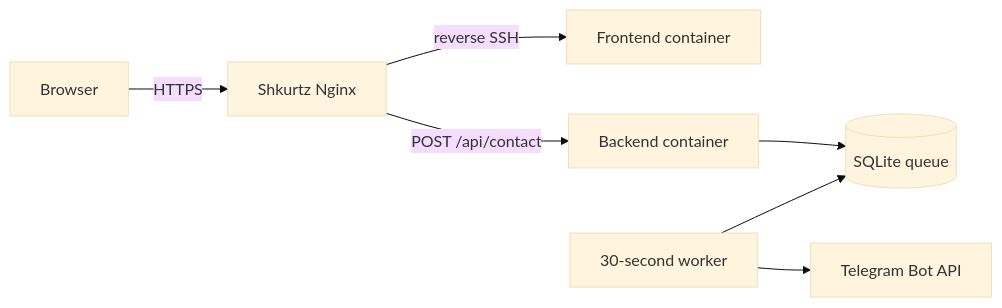
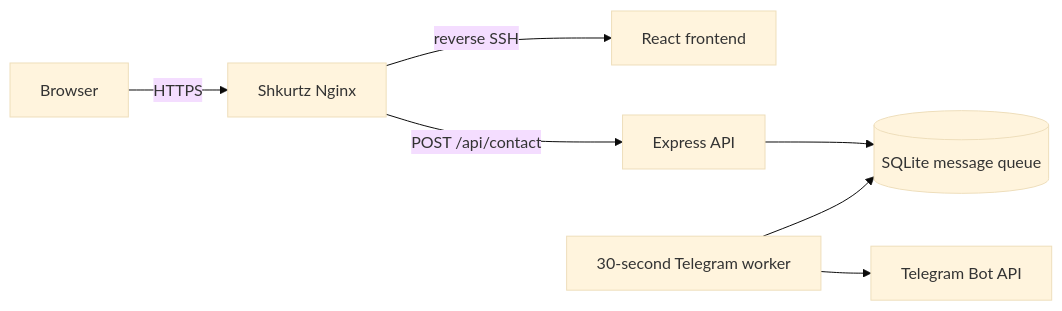
Before and after one commit to FerrPOINT/personal-page: the diagram in README.md, drawn with Mermaid (base theme). The commit also changed other lines of this file and 8 other files, not shown here.

````diff
--- a/README.md
+++ b/README.md
@@ -7,9 +85,9 @@
 ```mermaid
 flowchart LR
-    Browser -->|HTTPS| Edge[Shkurtz Nginx]
-    Edge -->|reverse SSH| Frontend[Frontend container]
-    Edge -->|POST /api/contact| Backend[Backend container]
-    Backend --> SQLite[(SQLite queue)]
-    Worker[30-second worker] --> SQLite
+    Browser[Browser] -->|HTTPS| Edge[Shkurtz Nginx]
+    Edge -->|reverse SSH| Frontend[React frontend]
+    Edge -->|POST /api/contact| Backend[Express API]
+    Backend --> Queue[(SQLite message queue)]
+    Worker[30-second Telegram worker] --> Queue
     Worker --> Telegram[Telegram Bot API]
 ```
````
